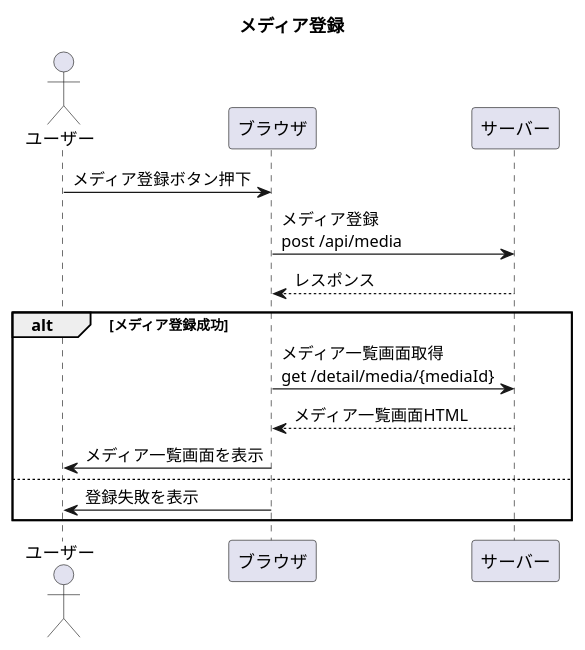
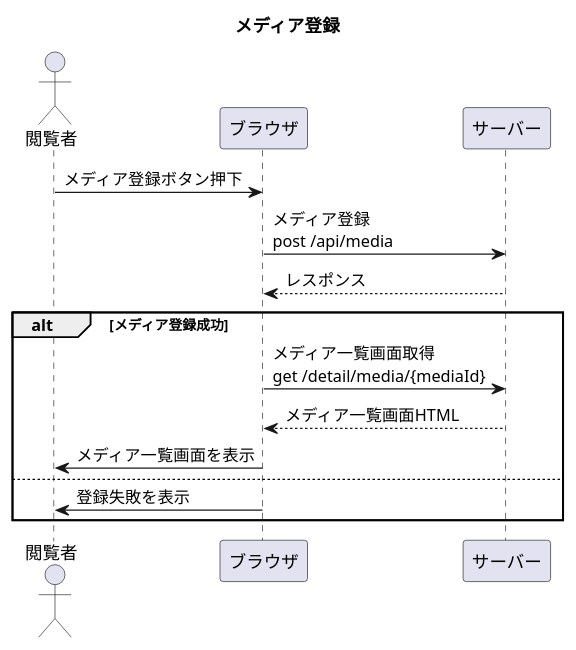
Before and after one commit to hachimitu22/MangaViewer: the diagram in doc/6_ui/pages/メディア登録/sequence/メディア登録.puml, drawn with PlantUML. The commit also changed 39 other files, not shown here.

```diff
--- a/doc/6_ui/pages/メディア登録/sequence/メディア登録.puml
+++ b/doc/6_ui/pages/メディア登録/sequence/メディア登録.puml
@@ -1,20 +1,20 @@
 @startuml 
 
 title メディア登録
 
-actor ユーザー
+actor 閲覧者
 participant ブラウザ
 
-ユーザー -> ブラウザ: メディア登録ボタン押下
+閲覧者 -> ブラウザ: メディア登録ボタン押下
 
 ブラウザ -> サーバー: メディア登録\npost /api/media
 ブラウザ <-- サーバー: レスポンス
 alt メディア登録成功
     ブラウザ -> サーバー: メディア一覧画面取得\nget /detail/media/{mediaId}
     ブラウザ <-- サーバー: メディア一覧画面HTML
-    ユーザー <- ブラウザ: メディア一覧画面を表示
+    閲覧者 <- ブラウザ: メディア一覧画面を表示
 else
-    ユーザー <- ブラウザ: 登録失敗を表示
+    閲覧者 <- ブラウザ: 登録失敗を表示
 end
 
 @enduml
```
